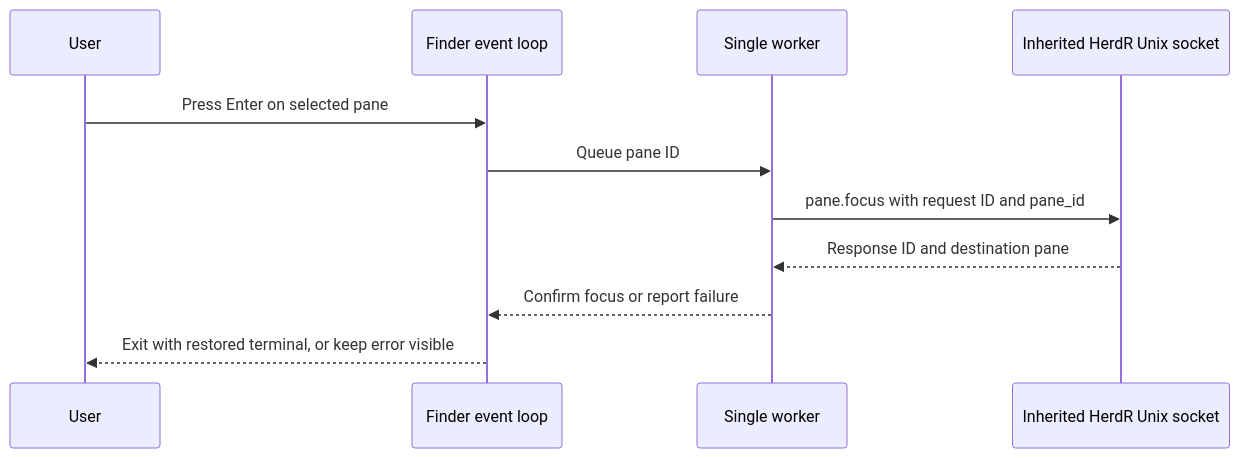
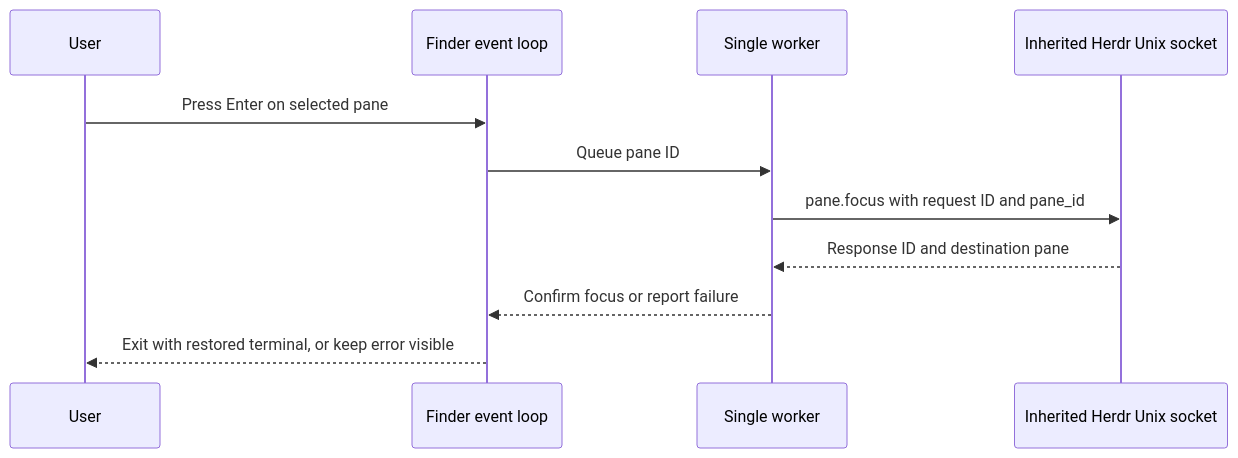
Before and after one commit to carlosiborra/herdr-find: the diagram in docs/ARCHITECTURE.md, drawn with Mermaid. The commit also changed other lines of this file and 11 other files, not shown here.

````diff
--- a/docs/ARCHITECTURE.md
+++ b/docs/ARCHITECTURE.md
@@ -32,13 +32,13 @@
 ```mermaid
 sequenceDiagram
     participant User
     participant App as Finder event loop
     participant Worker as Single worker
-    participant Server as Inherited HerdR Unix socket
+    participant Server as Inherited Herdr Unix socket
     User->>App: Press Enter on selected pane
     App->>Worker: Queue pane ID
     Worker->>Server: pane.focus with request ID and pane_id
     Server-->>Worker: Response ID and destination pane
     Worker-->>App: Confirm focus or report failure
     App-->>User: Exit with restored terminal, or keep error visible
 ```
````
